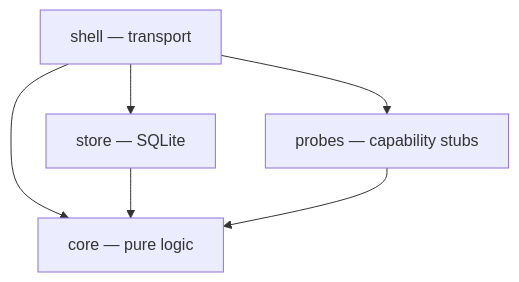
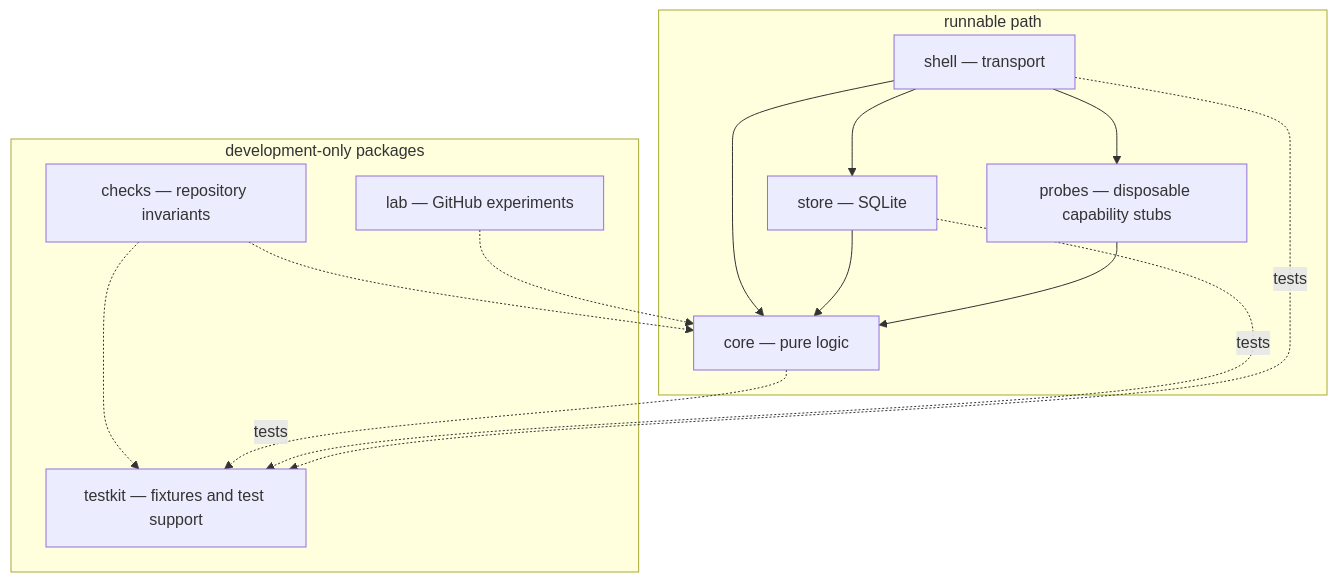
One commit to exploreriii/sdk-automations changed the second of 9 diagrams in design/architecture.md. Above: the diagram before and after it, drawn with Mermaid. The commit also changed other lines of this file and 80 other files, not shown here.

````diff
--- a/design/architecture.md
+++ b/design/architecture.md
@@ -33,8 +34,21 @@
 ```mermaid
 flowchart TD
-    shell["shell — transport"] --> core["core — pure logic"]
-    shell --> store["store — SQLite"]
-    shell --> probes["probes — capability stubs"]
-    store --> core
-    probes --> core
+    subgraph runtime ["runnable path"]
+        shell["shell — transport"] --> core["core — pure logic"]
+        shell --> store["store — SQLite"]
+        shell --> probes["probes — disposable capability stubs"]
+        store --> core
+        probes --> core
+    end
+    subgraph development ["development-only packages"]
+        checks["checks — repository invariants"]
+        lab["lab — GitHub experiments"]
+        testkit["testkit — fixtures and test support"]
+    end
+    checks -.-> core
+    checks -.-> testkit
+    lab -.-> core
+    core -. "tests" .-> testkit
+    store -. "tests" .-> testkit
+    shell -. "tests" .-> testkit
 ```
````
